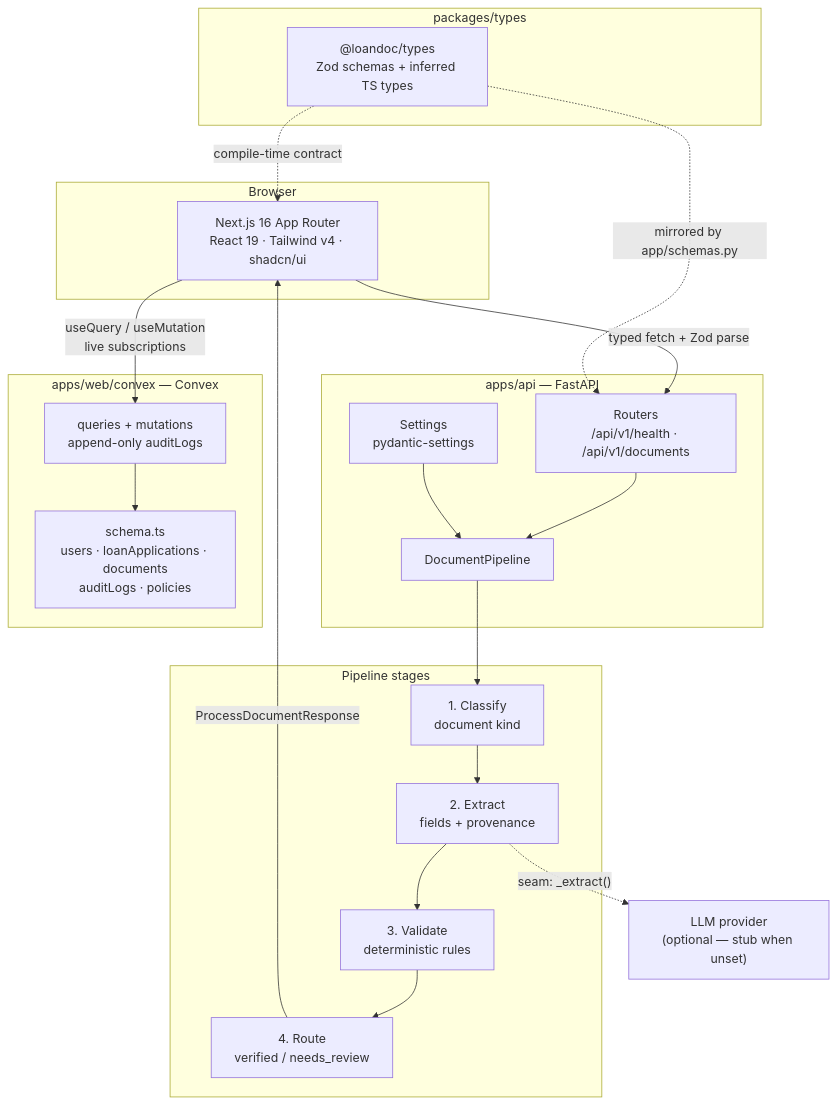
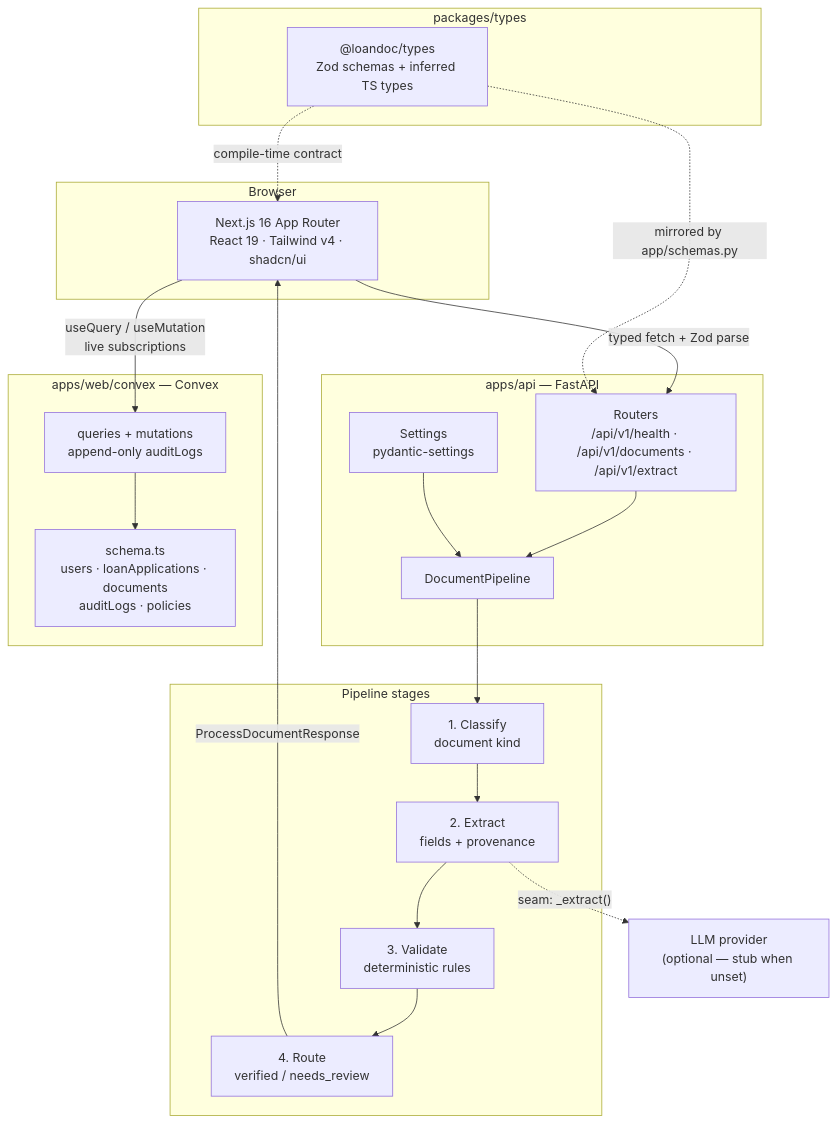
The first of 2 diagrams in README.md (TIMOTHY-glitch-hash/loanDoc-ai), drawn with Mermaid before and after one commit. The commit also changed other lines of this file and 17 other files, not shown here.

Commit message:
Add LangChain document extraction agent and /api/v1/extract endpoint

````diff
--- a/README.md
+++ b/README.md
@@ -16,41 +16,41 @@
 ```mermaid
 flowchart TB
     subgraph client["Browser"]
         UI["Next.js 16 App Router<br/>React 19 · Tailwind v4 · shadcn/ui"]
     end
 
     subgraph shared["packages/types"]
         T["@loandoc/types<br/>Zod schemas + inferred TS types"]
     end
 
     subgraph api["apps/api — FastAPI"]
-        R["Routers<br/>/api/v1/health · /api/v1/documents"]
+        R["Routers<br/>/api/v1/health · /api/v1/documents · /api/v1/extract"]
         P["DocumentPipeline"]
         C["Settings<br/>pydantic-settings"]
     end
 
     subgraph pipeline["Pipeline stages"]
         S1["1. Classify<br/>document kind"]
         S2["2. Extract<br/>fields + provenance"]
         S3["3. Validate<br/>deterministic rules"]
         S4["4. Route<br/>verified / needs_review"]
     end
 
     subgraph convex["apps/web/convex — Convex"]
         CS["schema.ts<br/>users · loanApplications · documents<br/>auditLogs · policies"]
         CF["queries + mutations<br/>append-only auditLogs"]
     end
 
     LLM["LLM provider<br/>(optional — stub when unset)"]
 
     UI -->|"useQuery / useMutation<br/>live subscriptions"| CF
     CF --> CS
     UI -->|"typed fetch + Zod parse"| R
     T -.->|"compile-time contract"| UI
     T -.->|"mirrored by app/schemas.py"| R
     R --> P
     C --> P
     P --> S1 --> S2 --> S3 --> S4
     S2 -.->|"seam: _extract()"| LLM
     S4 -->|"ProcessDocumentResponse"| UI
 ```
````
